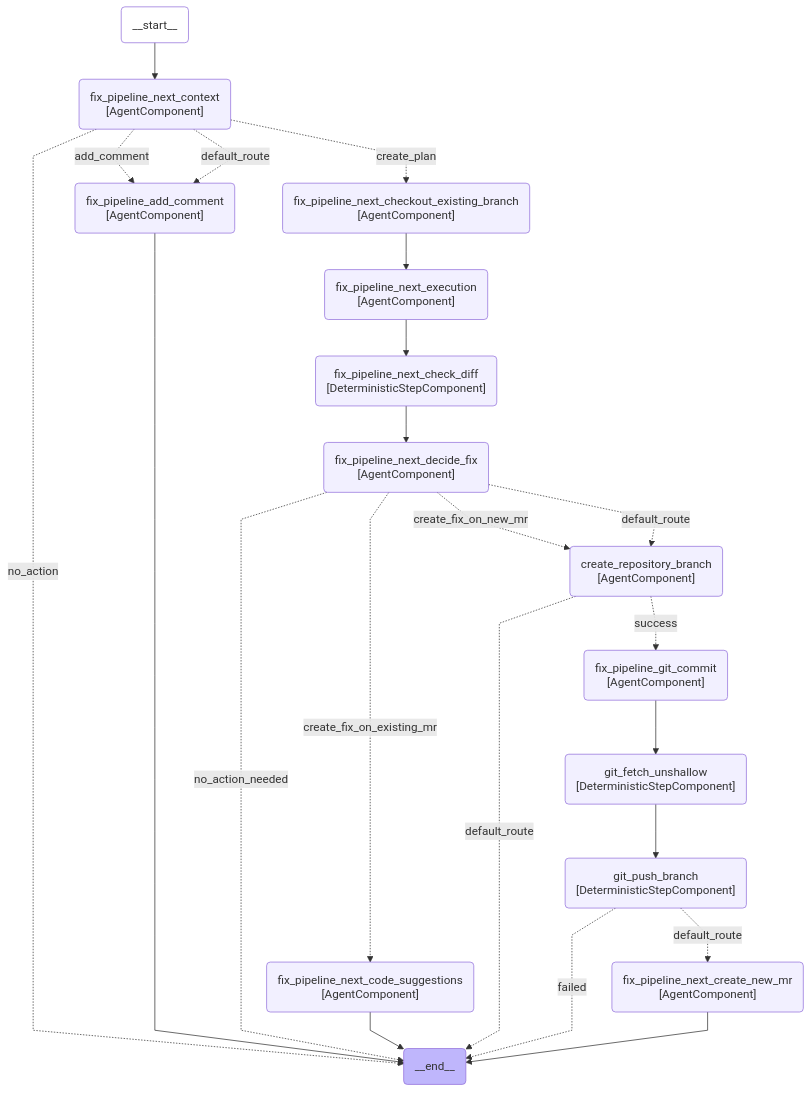
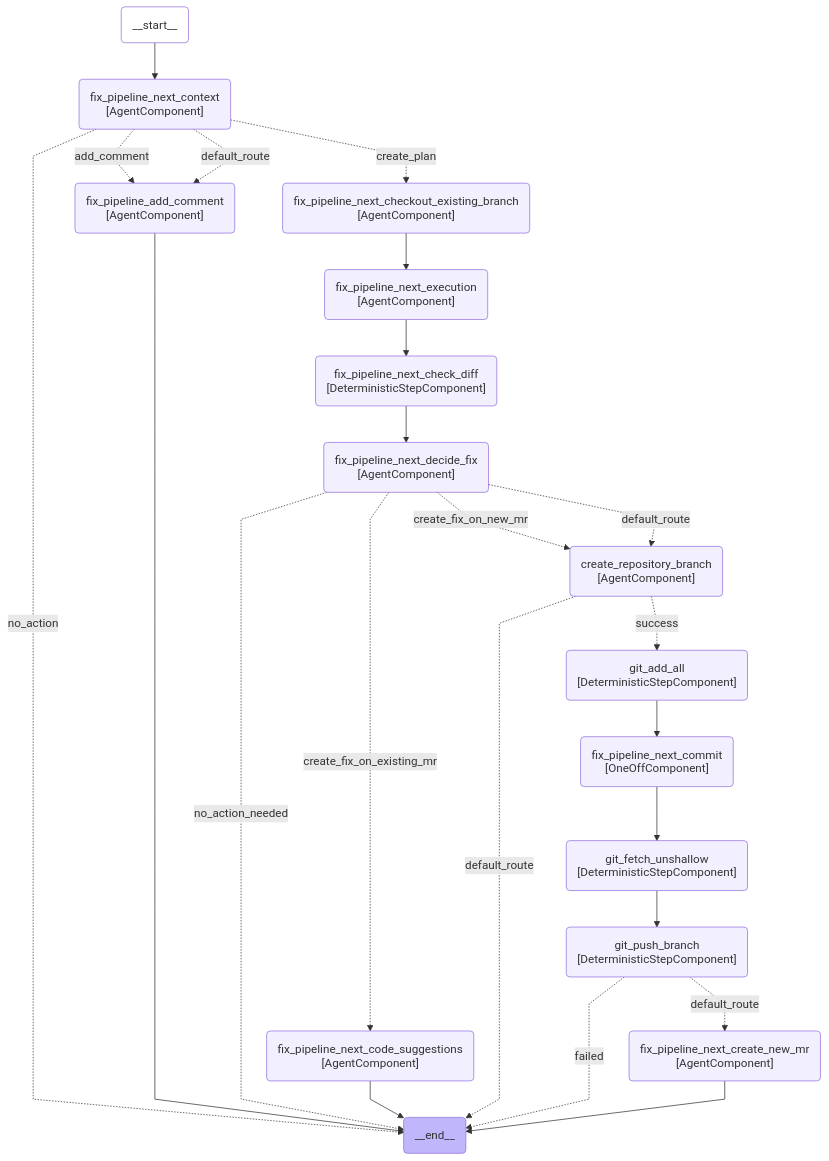
One commit to movax01h/ai-gateway changed diagram 16 of 23 in docs/duo_workflow_service_graphs.md. Above: the diagram before and after it, drawn with Mermaid. The commit also changed 4 other files, not shown here.

Commit message:
fix(fix-pipeline-next): split git commit into DeterministicStep + OneOff

````diff
--- a/docs/duo_workflow_service_graphs.md
+++ b/docs/duo_workflow_service_graphs.md
@@ -465,46 +465,48 @@
 ```mermaid
 ---
 config:
     flowchart:
         curve: linear
 ---
 graph TD;
     __start__(__start__):::first;
     __end__(__end__):::last;
     __start__ --> fix_pipeline_next_context;
     fix_pipeline_next_context(fix_pipeline_next_context<br>#91;AgentComponent#93;);
     fix_pipeline_next_decide_fix(fix_pipeline_next_decide_fix<br>#91;AgentComponent#93;);
     fix_pipeline_next_code_suggestions(fix_pipeline_next_code_suggestions<br>#91;AgentComponent#93;);
     fix_pipeline_add_comment(fix_pipeline_add_comment<br>#91;AgentComponent#93;);
     create_repository_branch(create_repository_branch<br>#91;AgentComponent#93;);
     fix_pipeline_next_checkout_existing_branch(fix_pipeline_next_checkout_existing_branch<br>#91;AgentComponent#93;);
     fix_pipeline_next_check_diff(fix_pipeline_next_check_diff<br>#91;DeterministicStepComponent#93;);
     fix_pipeline_next_execution(fix_pipeline_next_execution<br>#91;AgentComponent#93;);
-    fix_pipeline_git_commit(fix_pipeline_git_commit<br>#91;AgentComponent#93;);
+    git_add_all(git_add_all<br>#91;DeterministicStepComponent#93;);
+    fix_pipeline_next_commit(fix_pipeline_next_commit<br>#91;OneOffComponent#93;);
     git_fetch_unshallow(git_fetch_unshallow<br>#91;DeterministicStepComponent#93;);
     git_push_branch(git_push_branch<br>#91;DeterministicStepComponent#93;);
     fix_pipeline_next_create_new_mr(fix_pipeline_next_create_new_mr<br>#91;AgentComponent#93;);
     fix_pipeline_next_context -.->|add_comment| fix_pipeline_add_comment;
     fix_pipeline_next_context -.->|create_plan| fix_pipeline_next_checkout_existing_branch;
     fix_pipeline_next_context -.->|no_action| __end__;
     fix_pipeline_next_context -.->|default_route| fix_pipeline_add_comment;
     fix_pipeline_next_checkout_existing_branch --> fix_pipeline_next_execution;
     fix_pipeline_add_comment --> __end__;
     fix_pipeline_next_execution --> fix_pipeline_next_check_diff;
     fix_pipeline_next_check_diff --> fix_pipeline_next_decide_fix;
     fix_pipeline_next_decide_fix -.->|create_fix_on_existing_mr| fix_pipeline_next_code_suggestions;
     fix_pipeline_next_decide_fix -.->|create_fix_on_new_mr| create_repository_branch;
     fix_pipeline_next_decide_fix -.->|no_action_needed| __end__;
     fix_pipeline_next_decide_fix -.->|default_route| create_repository_branch;
     fix_pipeline_next_code_suggestions --> __end__;
-    create_repository_branch -.->|success| fix_pipeline_git_commit;
+    create_repository_branch -.->|success| git_add_all;
     create_repository_branch -.->|default_route| __end__;
-    fix_pipeline_git_commit --> git_fetch_unshallow;
+    git_add_all --> fix_pipeline_next_commit;
+    fix_pipeline_next_commit --> git_fetch_unshallow;
     git_fetch_unshallow --> git_push_branch;
     git_push_branch -.->|failed| __end__;
     git_push_branch -.->|default_route| fix_pipeline_next_create_new_mr;
     fix_pipeline_next_create_new_mr --> __end__;
     classDef default fill:#f2f0ff,line-height:1.2;
     classDef first fill-opacity:0;
     classDef last fill:#bfb6fc;
 ```
````
